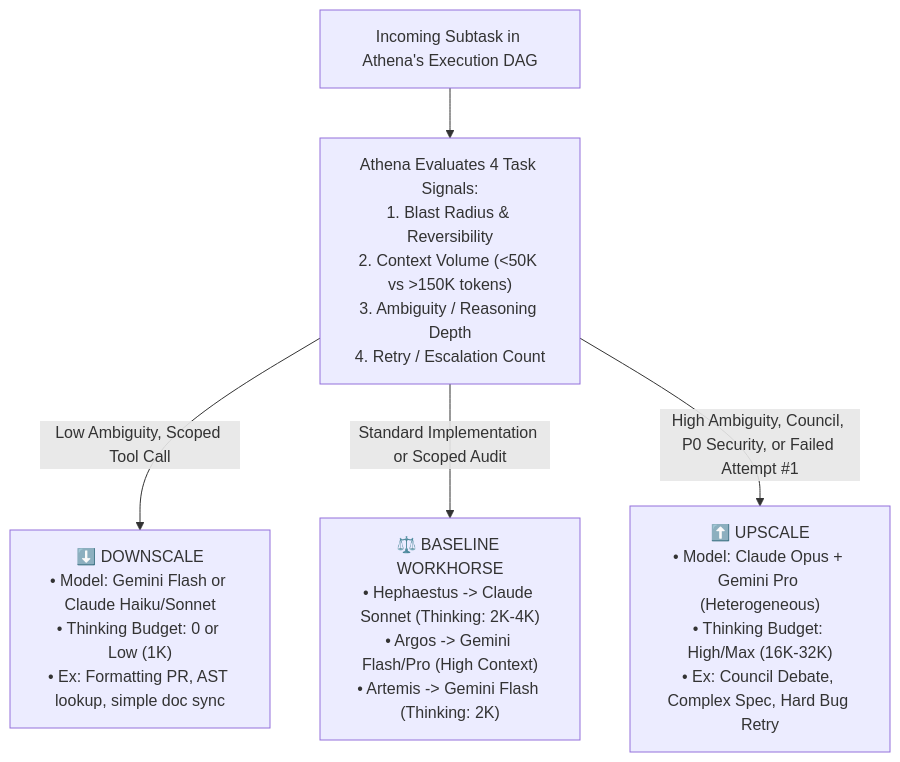
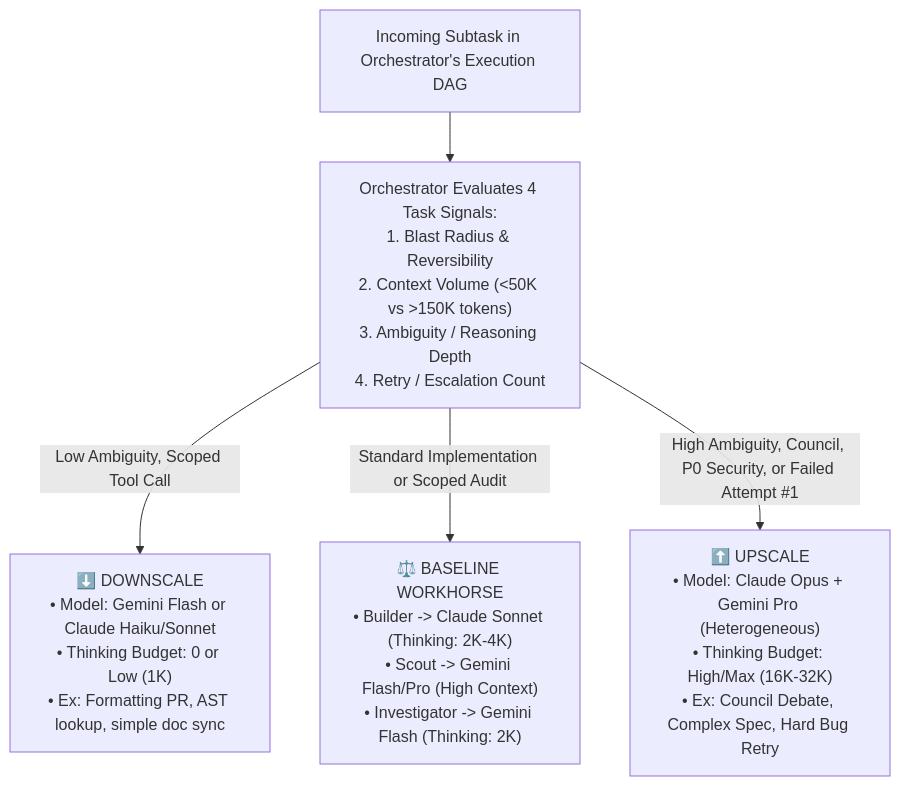
The diagram in context/model-capabilities.md (jessevondoom/delphi), drawn with Mermaid before and after one commit. The commit also changed other lines of this file and 73 other files, not shown here.

````diff
--- a/context/model-capabilities.md
+++ b/context/model-capabilities.md
@@ -57,10 +57,10 @@
 ```mermaid
 flowchart TD
-    Task["Incoming Subtask in Athena's Execution DAG"] --> Score["Athena Evaluates 4 Task Signals:\n1. Blast Radius & Reversibility\n2. Context Volume (<50K vs >150K tokens)\n3. Ambiguity / Reasoning Depth\n4. Retry / Escalation Count"]
+    Task["Incoming Subtask in Orchestrator's Execution DAG"] --> Score["Orchestrator Evaluates 4 Task Signals:\n1. Blast Radius & Reversibility\n2. Context Volume (<50K vs >150K tokens)\n3. Ambiguity / Reasoning Depth\n4. Retry / Escalation Count"]
     
     Score -->|Low Ambiguity, Scoped Tool Call| Downscale["⬇️ DOWNSCALE\n• Model: Gemini Flash or Claude Haiku/Sonnet\n• Thinking Budget: 0 or Low (1K)\n• Ex: Formatting PR, AST lookup, simple doc sync"]
     
-    Score -->|Standard Implementation or Scoped Audit| Baseline["⚖️ BASELINE WORKHORSE\n• Hephaestus -> Claude Sonnet (Thinking: 2K-4K)\n• Argos -> Gemini Flash/Pro (High Context)\n• Artemis -> Gemini Flash (Thinking: 2K)"]
+    Score -->|Standard Implementation or Scoped Audit| Baseline["⚖️ BASELINE WORKHORSE\n• Builder -> Claude Sonnet (Thinking: 2K-4K)\n• Scout -> Gemini Flash/Pro (High Context)\n• Investigator -> Gemini Flash (Thinking: 2K)"]
     
     Score -->|High Ambiguity, Council, P0 Security, or Failed Attempt #1| Upscale["⬆️ UPSCALE\n• Model: Claude Opus + Gemini Pro (Heterogeneous)\n• Thinking Budget: High/Max (16K-32K)\n• Ex: Council Debate, Complex Spec, Hard Bug Retry"]
 ```
````
